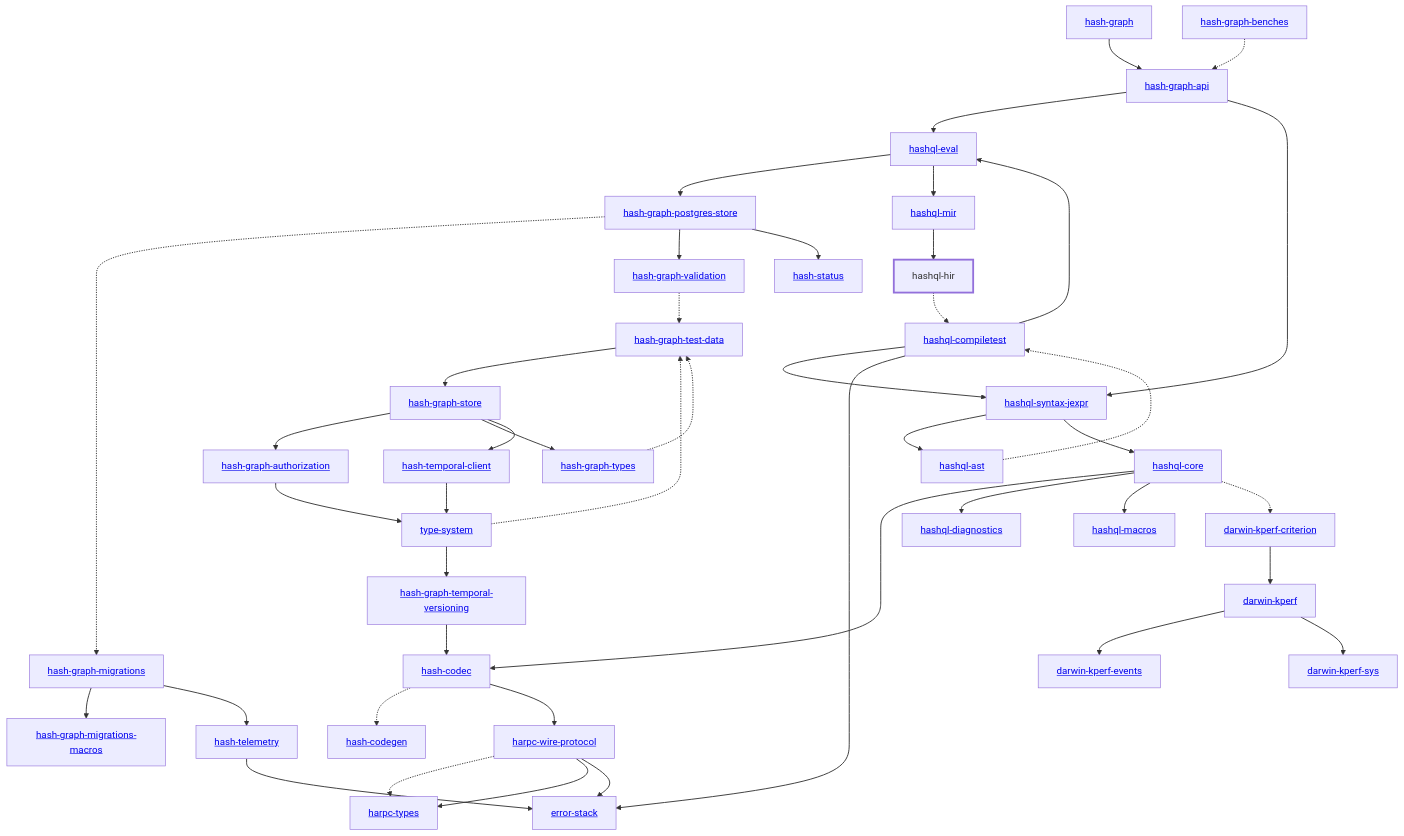
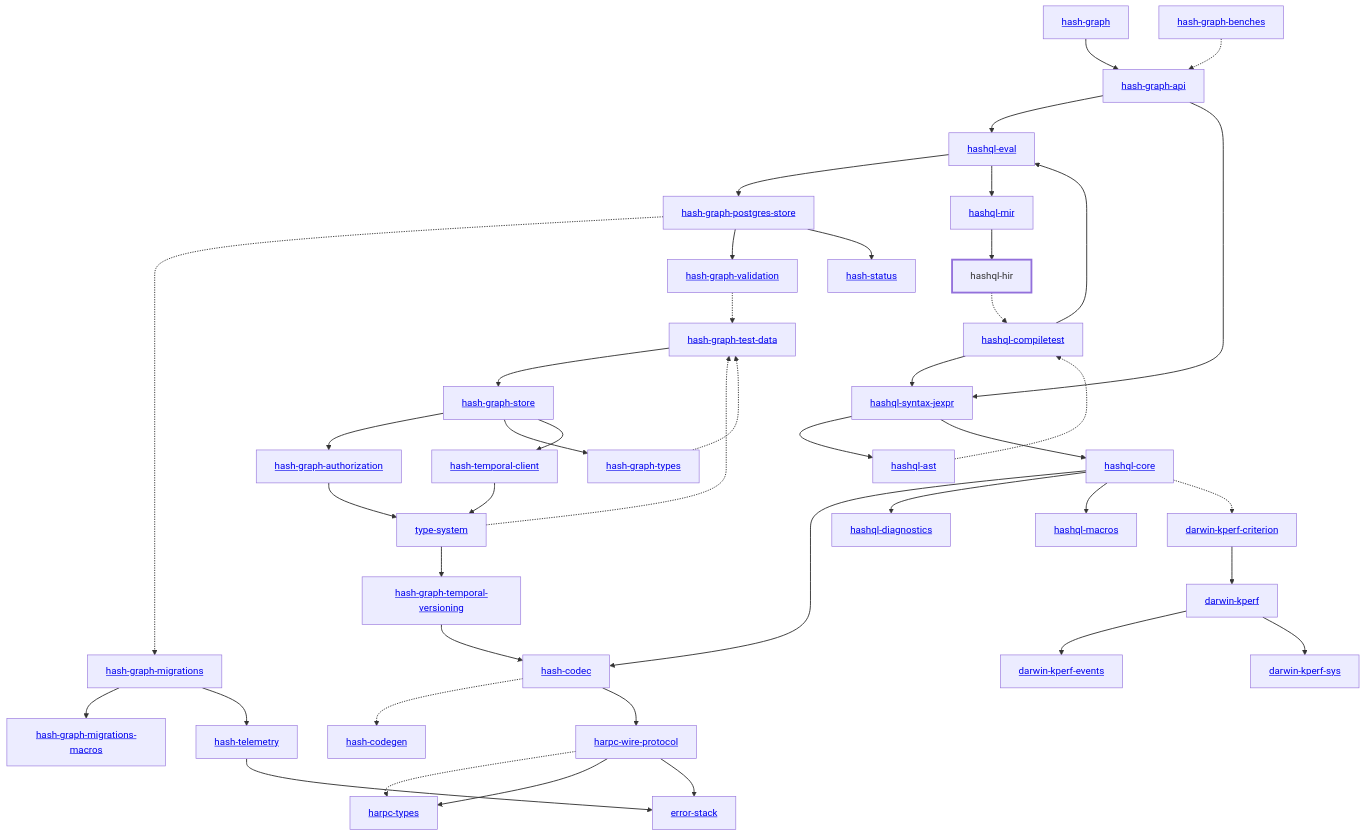
One commit to hashintel/hash changed the diagram in libs/@local/hashql/hir/docs/dependency-diagram.mmd. Above: the diagram before and after it, drawn with Mermaid. The commit also changed 136 other files, not shown here.

```diff
--- a/libs/@local/hashql/hir/docs/dependency-diagram.mmd
+++ b/libs/@local/hashql/hir/docs/dependency-diagram.mmd
@@ -1,88 +1,87 @@
 graph TD
     linkStyle default stroke-width:1.5px
     classDef default stroke-width:1px
     classDef root stroke-width:3px
     classDef dev stroke-width:1px
     classDef build stroke-width:1px
     %% Legend
     %% --> : Normal dependency
     %% -.-> : Dev dependency
     %% ---> : Build dependency
     0[<a href="../hash_graph/index.html">hash-graph</a>]
     1[<a href="../type_system/index.html">type-system</a>]
     2[<a href="../hash_codec/index.html">hash-codec</a>]
     3[<a href="../hash_codegen/index.html">hash-codegen</a>]
     4[<a href="../hash_graph_api/index.html">hash-graph-api</a>]
     5[<a href="../hash_graph_authorization/index.html">hash-graph-authorization</a>]
     6[<a href="../hash_graph_migrations/index.html">hash-graph-migrations</a>]
     7[<a href="../hash_graph_migrations_macros/index.html">hash-graph-migrations-macros</a>]
     8[<a href="../hash_graph_postgres_store/index.html">hash-graph-postgres-store</a>]
     9[<a href="../hash_graph_store/index.html">hash-graph-store</a>]
     10[<a href="../hash_graph_temporal_versioning/index.html">hash-graph-temporal-versioning</a>]
     11[<a href="../hash_graph_types/index.html">hash-graph-types</a>]
     12[<a href="../hash_graph_validation/index.html">hash-graph-validation</a>]
     13[<a href="../harpc_types/index.html">harpc-types</a>]
     14[<a href="../harpc_wire_protocol/index.html">harpc-wire-protocol</a>]
     15[<a href="../hashql_ast/index.html">hashql-ast</a>]
     16[<a href="../hashql_compiletest/index.html">hashql-compiletest</a>]
     17[<a href="../hashql_core/index.html">hashql-core</a>]
     18[<a href="../hashql_diagnostics/index.html">hashql-diagnostics</a>]
     19[<a href="../hashql_eval/index.html">hashql-eval</a>]
     20[hashql-hir]
     class 20 root
     21[<a href="../hashql_macros/index.html">hashql-macros</a>]
     22[<a href="../hashql_mir/index.html">hashql-mir</a>]
     23[<a href="../hashql_syntax_jexpr/index.html">hashql-syntax-jexpr</a>]
     24[<a href="../hash_status/index.html">hash-status</a>]
     25[<a href="../hash_telemetry/index.html">hash-telemetry</a>]
     26[<a href="../hash_temporal_client/index.html">hash-temporal-client</a>]
     27[<a href="../darwin_kperf/index.html">darwin-kperf</a>]
     28[<a href="../darwin_kperf_criterion/index.html">darwin-kperf-criterion</a>]
     29[<a href="../darwin_kperf_events/index.html">darwin-kperf-events</a>]
     30[<a href="../darwin_kperf_sys/index.html">darwin-kperf-sys</a>]
     31[<a href="../error_stack/index.html">error-stack</a>]
     32[<a href="../hash_graph_benches/index.html">hash-graph-benches</a>]
     33[<a href="../hash_graph_test_data/index.html">hash-graph-test-data</a>]
     0 --> 4
     1 --> 10
     1 -.-> 33
     2 -.-> 3
     2 --> 14
     4 --> 19
     4 --> 23
     5 --> 1
     6 --> 7
     6 --> 25
     8 -.-> 6
     8 --> 12
     8 --> 24
     9 --> 5
     9 --> 11
     9 --> 26
     10 --> 2
     11 -.-> 33
     12 -.-> 33
     14 -.-> 13
     14 --> 13
     14 --> 31
     15 -.-> 16
     16 --> 19
     16 --> 23
-    16 --> 31
     17 --> 2
     17 --> 18
     17 --> 21
     17 -.-> 28
     19 --> 8
     19 --> 22
     20 -.-> 16
     22 --> 20
     23 --> 15
     23 --> 17
     25 --> 31
     26 --> 1
     27 --> 29
     27 --> 30
     28 --> 27
     32 -.-> 4
     33 --> 9
```
